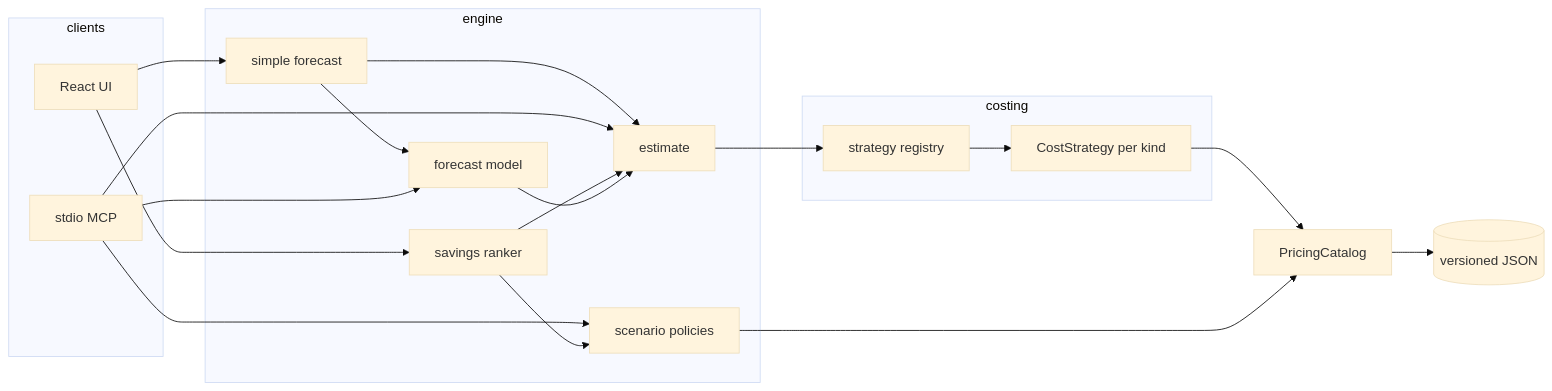
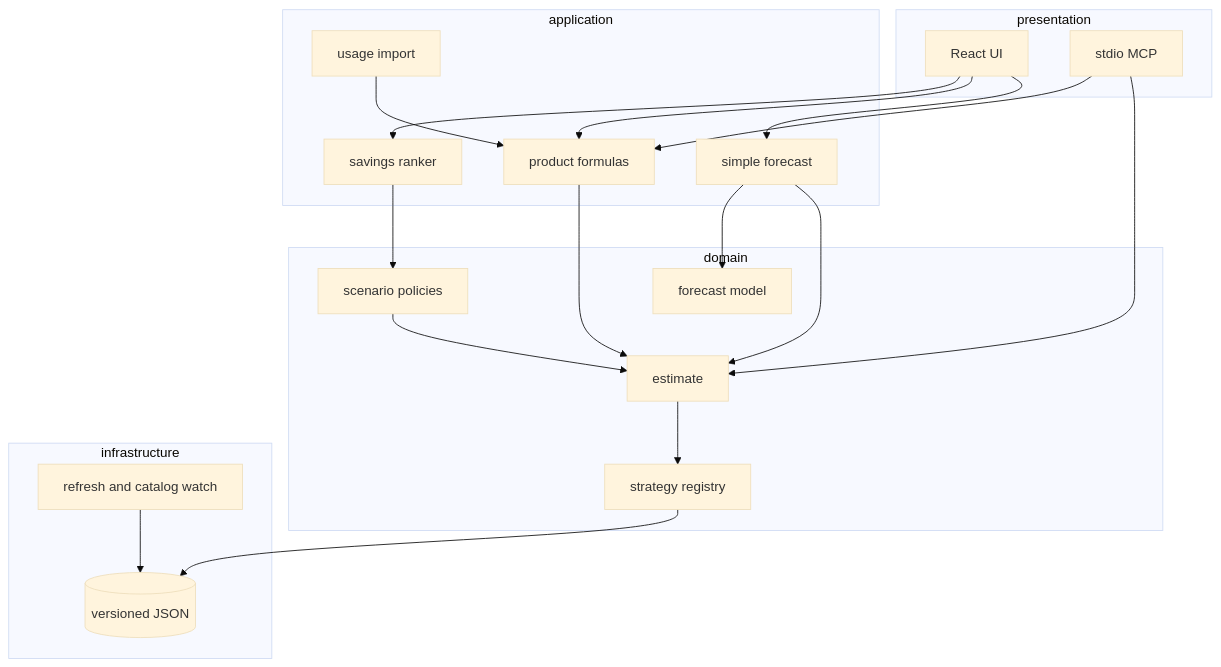
One commit to santoshshinde2012/Catalogfore changed the diagram in docs/ARCHITECTURE.md. Above: the diagram before and after it, drawn with Mermaid (base theme). The commit also changed other lines of this file and 83 other files, not shown here.

First line of the commit message:
feat: score rate confidence and enforce clean architecture

````diff
--- a/docs/ARCHITECTURE.md
+++ b/docs/ARCHITECTURE.md
@@ -5,36 +5,38 @@
 ```mermaid
-flowchart LR
-  subgraph clients
+flowchart TB
+  subgraph presentation
     Web[React UI]
     MCP[stdio MCP]
   end
-  subgraph engine
+  subgraph application
     Simple[simple forecast]
+    Products[product formulas]
+    Usage[usage import]
+    Recs[savings ranker]
+  end
+  subgraph domain
     Estimate[estimate]
+    Registry[strategy registry]
     Forecast[forecast model]
     Policies[scenario policies]
-    Recs[savings ranker]
   end
-  subgraph costing
-    Registry[strategy registry]
-    Strategies[CostStrategy per kind]
+  subgraph infrastructure
+    JSON[(versioned JSON)]
+    Scripts[refresh and catalog watch]
   end
-  Catalog[PricingCatalog]
-  JSON[(versioned JSON)]
 
   Web --> Simple
+  Web --> Products
   Web --> Recs
+  MCP --> Estimate
+  MCP --> Products
   Simple --> Estimate
   Simple --> Forecast
-  MCP --> Estimate
-  MCP --> Forecast
-  MCP --> Policies
+  Products --> Estimate
+  Usage --> Products
   Estimate --> Registry
-  Registry --> Strategies
-  Strategies --> Catalog
-  Policies --> Catalog
+  Registry --> JSON
+  Policies --> Estimate
   Recs --> Policies
-  Recs --> Estimate
-  Forecast --> Estimate
-  Catalog --> JSON
+  Scripts --> JSON
 ```
````
